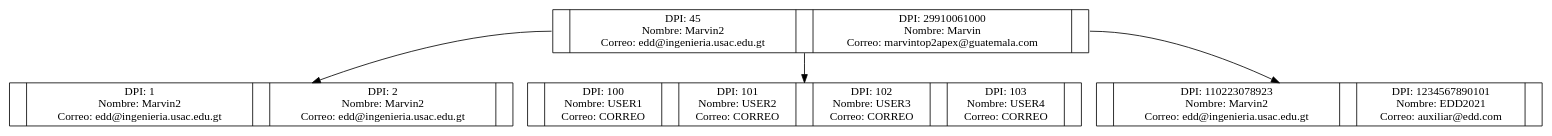
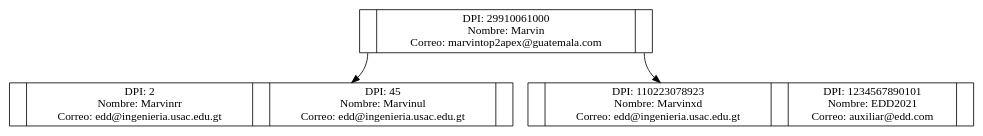
Before and after one commit to MarvEdCV/EDD_VirtualMall_201905554: the diagram in F3/Backend/arbolNoCifradodiagrama.dot, drawn with Graphviz. The commit also changed 9 other files, not shown here.

```diff
--- a/F3/Backend/arbolNoCifradodiagrama.dot
+++ b/F3/Backend/arbolNoCifradodiagrama.dot
@@ -1,10 +1,8 @@
 digraph G{
 node[shape=record]
-node0xc000156a80[label="<f0>|<f1>DPI: 45 \n Nombre: Marvin2 \n Correo: edd@ingenieria.usac.edu.gt |<f2>|<f3>DPI: 29910061000 \n Nombre: Marvin \n Correo: marvintop2apex@guatemala.com |<f4>"]
-node0xc000156ba0[label="<f0>|<f1>DPI: 1 \n Nombre: Marvin2 \n Correo: edd@ingenieria.usac.edu.gt |<f2>|<f3>DPI: 2 \n Nombre: Marvin2 \n Correo: edd@ingenieria.usac.edu.gt |<f4>"]
-node0xc000156a80:f0->node0xc000156ba0
-node0xc000156c00[label="<f0>|<f1>DPI: 100 \n Nombre: USER1 \n Correo: CORREO |<f2>|<f3>DPI: 101 \n Nombre: USER2 \n Correo: CORREO |<f4>|<f5>DPI: 102 \n Nombre: USER3 \n Correo: CORREO |<f6>|<f7>DPI: 103 \n Nombre: USER4 \n Correo: CORREO |<f8>"]
-node0xc000156a80:f2->node0xc000156c00
-node0xc000156ae0[label="<f0>|<f1>DPI: 110223078923 \n Nombre: Marvin2 \n Correo: edd@ingenieria.usac.edu.gt |<f2>|<f3>DPI: 1234567890101 \n Nombre:  EDD2021 \n Correo:  auxiliar@edd.com |<f4>"]
-node0xc000156a80:f4->node0xc000156ae0
+node0xc000180780[label="<f0>|<f1>DPI: 29910061000 \n Nombre: Marvin \n Correo: marvintop2apex@guatemala.com |<f2>"]
+node0xc000180840[label="<f0>|<f1>DPI: 2 \n Nombre: Marvinrr \n Correo: edd@ingenieria.usac.edu.gt |<f2>|<f3>DPI: 45 \n Nombre: Marvinul \n Correo: edd@ingenieria.usac.edu.gt |<f4>"]
+node0xc000180780:f0->node0xc000180840
+node0xc0001807e0[label="<f0>|<f1>DPI: 110223078923 \n Nombre: Marvinxd \n Correo: edd@ingenieria.usac.edu.gt |<f2>|<f3>DPI: 1234567890101 \n Nombre:  EDD2021 \n Correo:  auxiliar@edd.com |<f4>"]
+node0xc000180780:f2->node0xc0001807e0
 }
```
